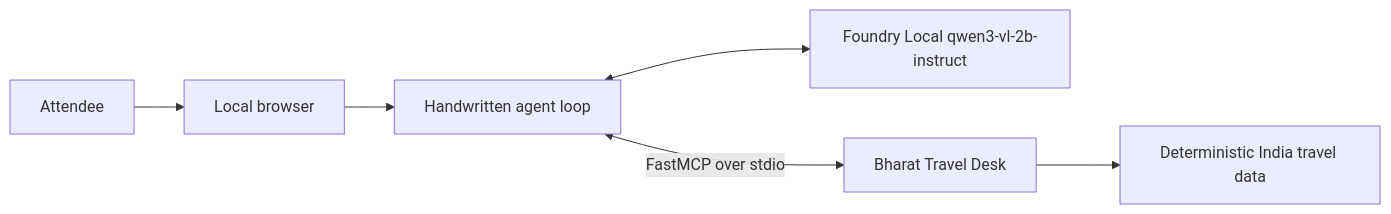
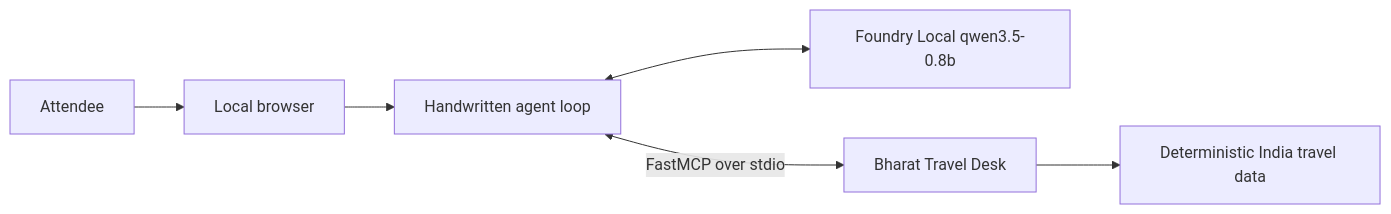
Before and after one commit to GlobalAICommunity/mcp-fl-workshop: the diagram in README.md, drawn with Mermaid. The commit also changed other lines of this file and 16 other files, not shown here.

Commit message:
Update model alias from qwen3-vl-2b-instruct to qwen3.5-0.8b across documentation and code for improved compatibility and performance

````diff
--- a/README.md
+++ b/README.md
@@ -62,8 +62,8 @@
 ```mermaid
 flowchart LR
     U[Attendee] --> B[Local browser]
     B --> A[Handwritten agent loop]
-    A <--> F[Foundry Local qwen3-vl-2b-instruct]
+    A <--> F[Foundry Local qwen3.5-0.8b]
     A <-->|FastMCP over stdio| S[Bharat Travel Desk]
     S --> D[Deterministic India travel data]
 ```
````
